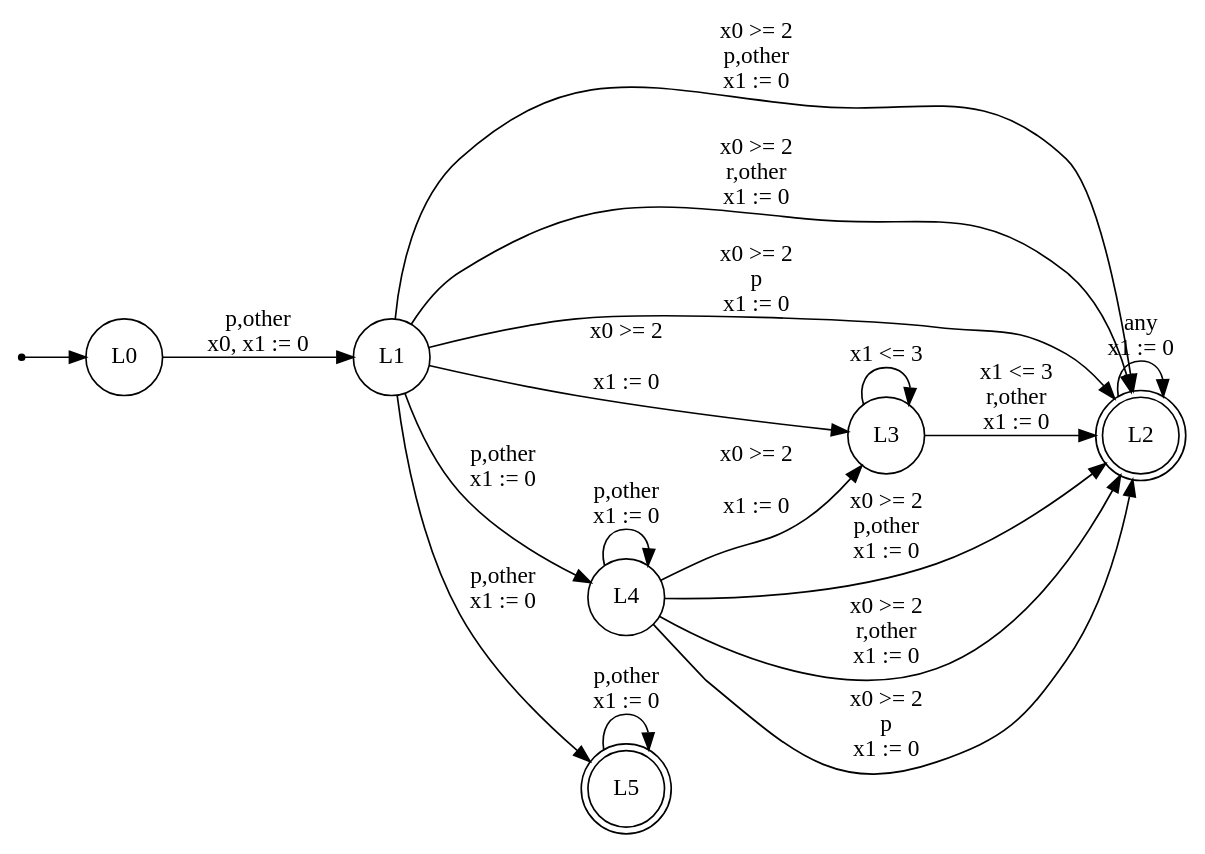
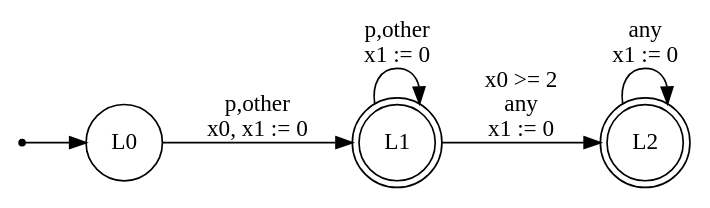
Before and after one commit to efares1/rocq-mtl-to-tba-translation: the diagram in evaluation/compile_dot_random/X52.dot, drawn with Graphviz. The commit also changed 105 other files, not shown here.

```diff
--- a/evaluation/compile_dot_random/X52.dot
+++ b/evaluation/compile_dot_random/X52.dot
@@ -1,28 +1,13 @@
 digraph TBA {
   rankdir=LR;
   node [shape=circle];
   init [shape=point];
   init -> L0;
   L0 [shape=circle, label="L0"];
-  L1 [shape=circle, label="L1"];
+  L1 [shape=doublecircle, label="L1"];
   L2 [shape=doublecircle, label="L2"];
-  L3 [shape=circle, label="L3"];
-  L4 [shape=circle, label="L4"];
-  L5 [shape=doublecircle, label="L5"];
   L0 -> L1 [label="p,other\nx0, x1 := 0"];
-  L1 -> L2 [label="x0 >= 2\np,other\nx1 := 0"];
-  L1 -> L2 [label="x0 >= 2\nr,other\nx1 := 0"];
-  L1 -> L2 [label="x0 >= 2\np\nx1 := 0"];
-  L1 -> L3 [label="x0 >= 2\n\nx1 := 0"];
-  L1 -> L4 [label="p,other\nx1 := 0"];
-  L1 -> L5 [label="p,other\nx1 := 0"];
+  L1 -> L2 [label="x0 >= 2\nany\nx1 := 0"];
+  L1 -> L1 [label="p,other\nx1 := 0"];
   L2 -> L2 [label="any\nx1 := 0"];
-  L3 -> L2 [label="x1 <= 3\nr,other\nx1 := 0"];
-  L3 -> L3 [label="x1 <= 3\n"];
-  L4 -> L2 [label="x0 >= 2\np,other\nx1 := 0"];
-  L4 -> L2 [label="x0 >= 2\nr,other\nx1 := 0"];
-  L4 -> L2 [label="x0 >= 2\np\nx1 := 0"];
-  L4 -> L3 [label="x0 >= 2\n\nx1 := 0"];
-  L4 -> L4 [label="p,other\nx1 := 0"];
-  L5 -> L5 [label="p,other\nx1 := 0"];
 }
```
